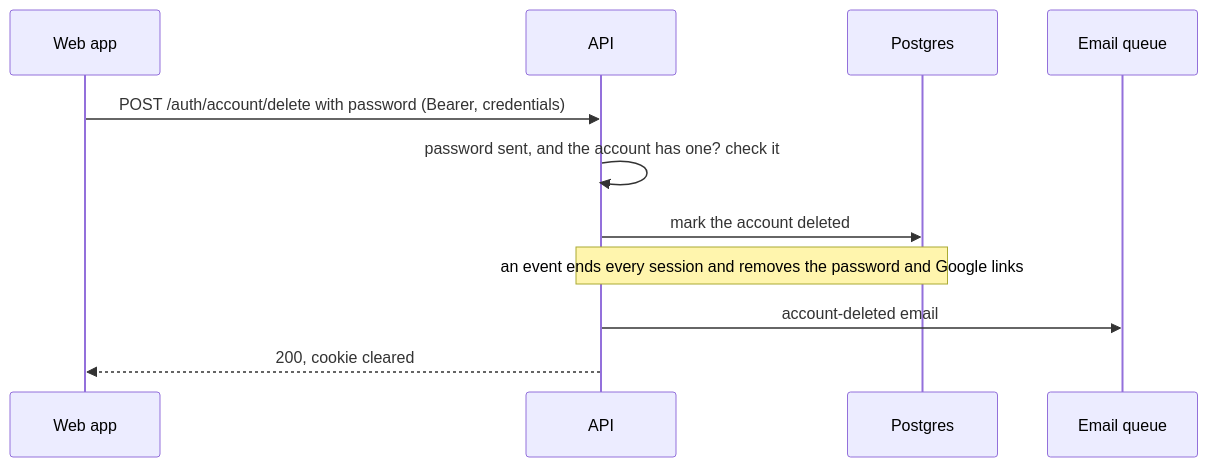
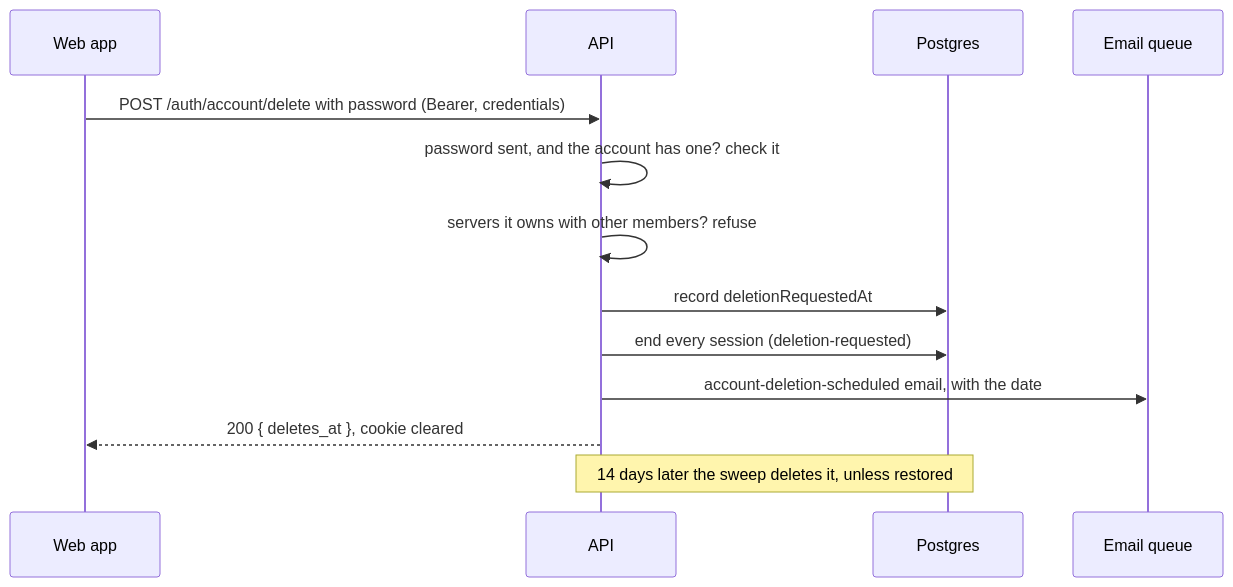
Before and after one commit to StoriuSs/NezFocus-Backend: the tenth of 10 diagrams in docs/auth/flows.md, drawn with Mermaid. The commit also changed other lines of this file and 29 other files, not shown here.

Commit message:
docs: describe the 14-day account deletion wait and restore

````diff
--- a/docs/auth/flows.md
+++ b/docs/auth/flows.md
@@ -548,13 +553,15 @@
 ```mermaid
 sequenceDiagram
     participant W as Web app
     participant A as API
     participant P as Postgres
     participant Q as Email queue
     W->>A: POST /auth/account/delete with password (Bearer, credentials)
     A->>A: password sent, and the account has one? check it
-    A->>P: mark the account deleted
-    Note over A,P: an event ends every session and removes the password and Google links
-    A->>Q: account-deleted email
-    A-->>W: 200, cookie cleared
+    A->>A: servers it owns with other members? refuse
+    A->>P: record deletionRequestedAt
+    A->>P: end every session (deletion-requested)
+    A->>Q: account-deletion-scheduled email, with the date
+    A-->>W: 200 { deletes_at }, cookie cleared
+    Note over A,P: 14 days later the sweep deletes it, unless restored
 ```
````
